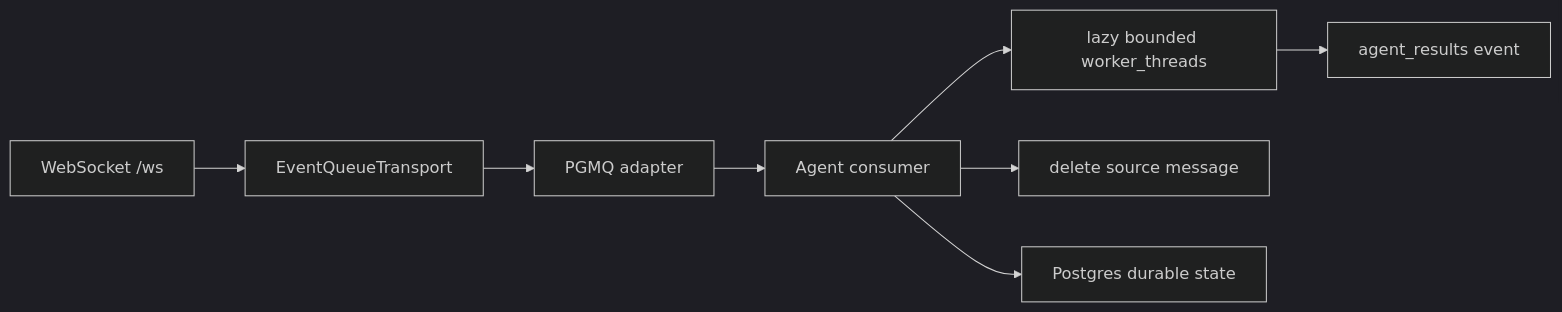
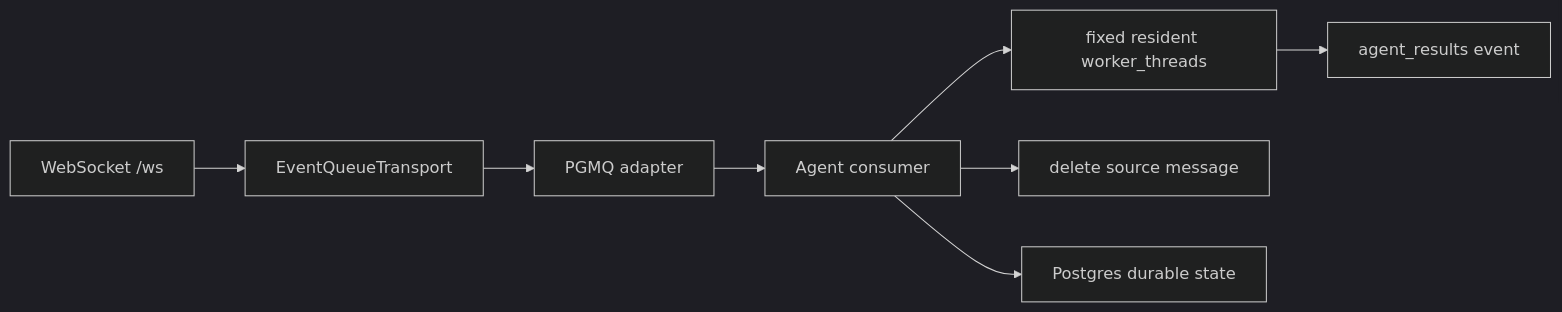
One commit to hikaMaeng/ndx_business changed the diagram in apps/agent/docs/architecture.md. Above: the diagram before and after it, drawn with Mermaid (dark theme). The commit also changed other lines of this file and 8 other files, not shown here.

````diff
--- a/apps/agent/docs/architecture.md
+++ b/apps/agent/docs/architecture.md
@@ -28,10 +28,10 @@
 ```mermaid
 flowchart LR
   WS["WebSocket /ws"] --> T["EventQueueTransport"]
   T --> Q["PGMQ adapter"]
   Q --> C["Agent consumer"]
-  C --> P["lazy bounded worker_threads"]
+  C --> P["fixed resident worker_threads"]
   P --> R["agent_results event"]
   C --> D["delete source message"]
   C --> DB["Postgres durable state"]
 ```
````
